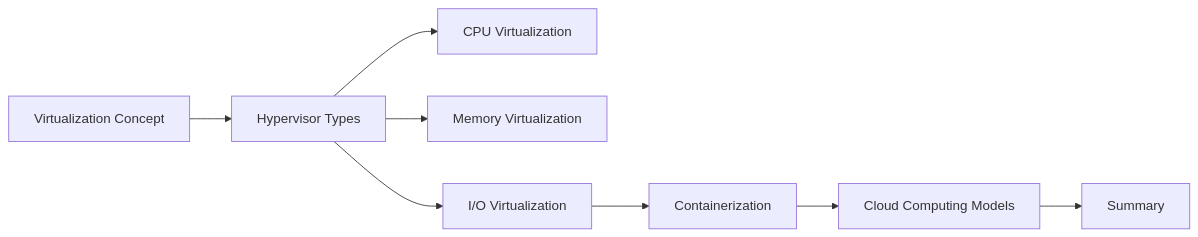
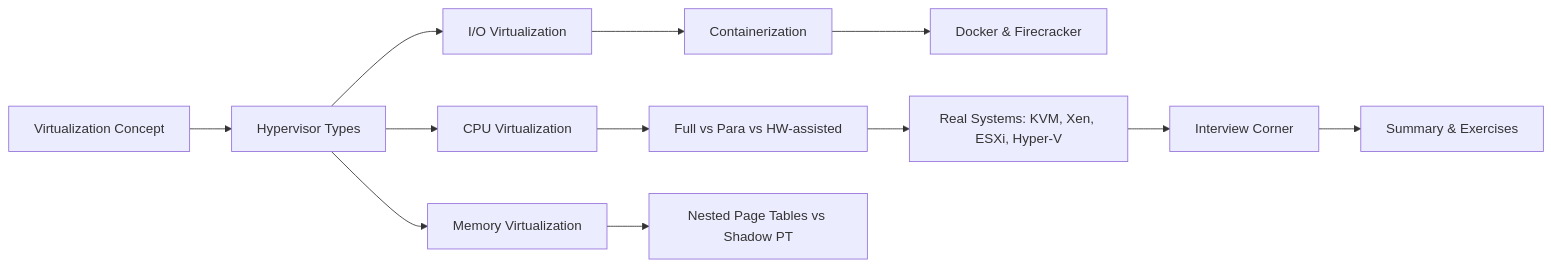
One commit to Raushan666java/ai-engineering-journey changed the diagram in docs/courses/operating-systems/17-virtualization.md. Above: the diagram before and after it, drawn with Mermaid. The commit also changed other lines of this file and 17 other files, not shown here.

```diff
--- a/docs/courses/operating-systems/17-virtualization.md
+++ b/docs/courses/operating-systems/17-virtualization.md
@@ -30,10 +35,14 @@
 <div class="mermaid">
 flowchart LR
     A[Virtualization Concept] --> B[Hypervisor Types]
     B --> C[CPU Virtualization]
     B --> D[Memory Virtualization]
     B --> E[I/O Virtualization]
     E --> F[Containerization]
-    F --> G[Cloud Computing Models]
-    G --> H[Summary]
+    C --> G[Full vs Para vs HW-assisted]
+    D --> H[Nested Page Tables vs Shadow PT]
+    F --> I[Docker & Firecracker]
+    G --> J[Real Systems: KVM, Xen, ESXi, Hyper-V]
+    J --> K[Interview Corner]
+    K --> L[Summary & Exercises]
 </div>
```
